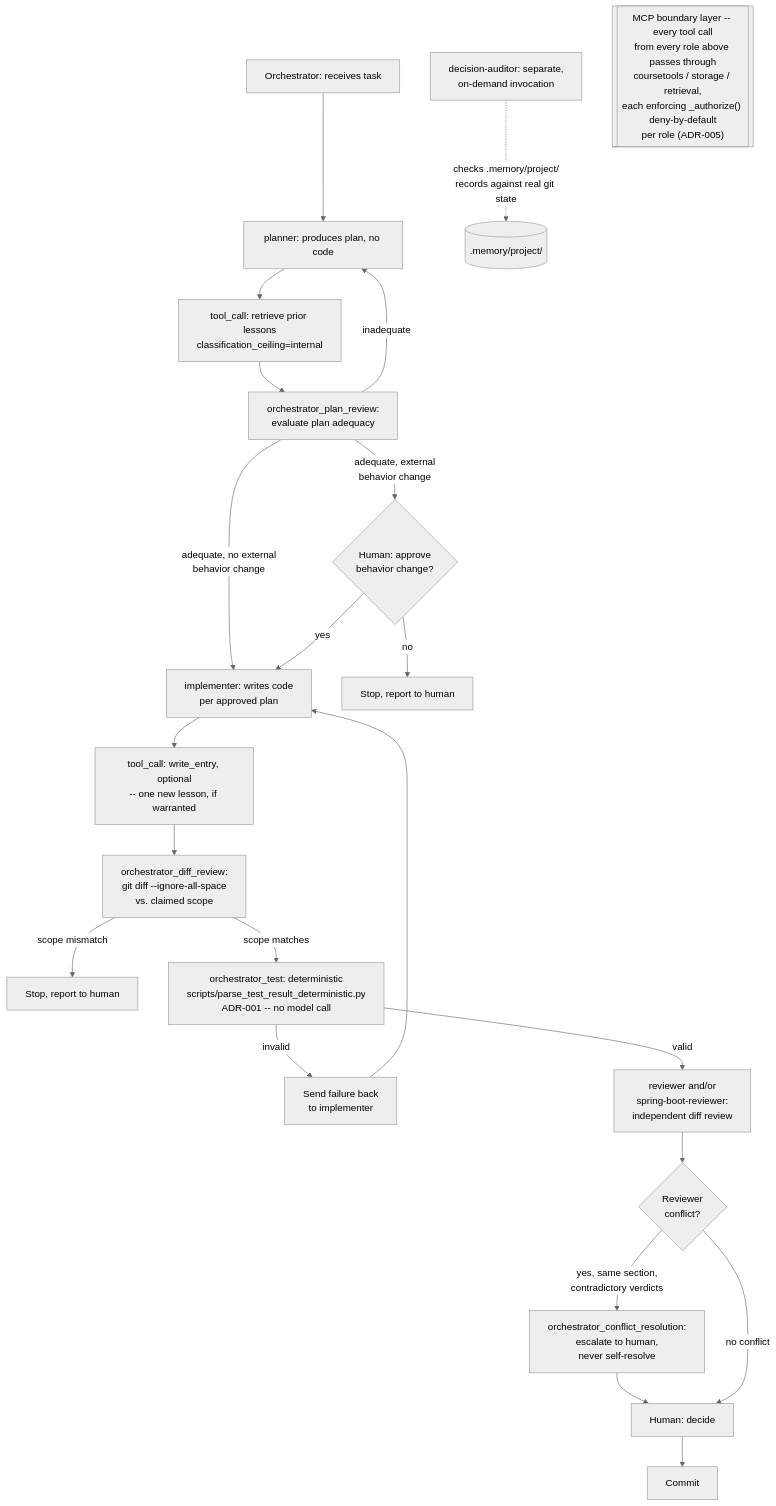
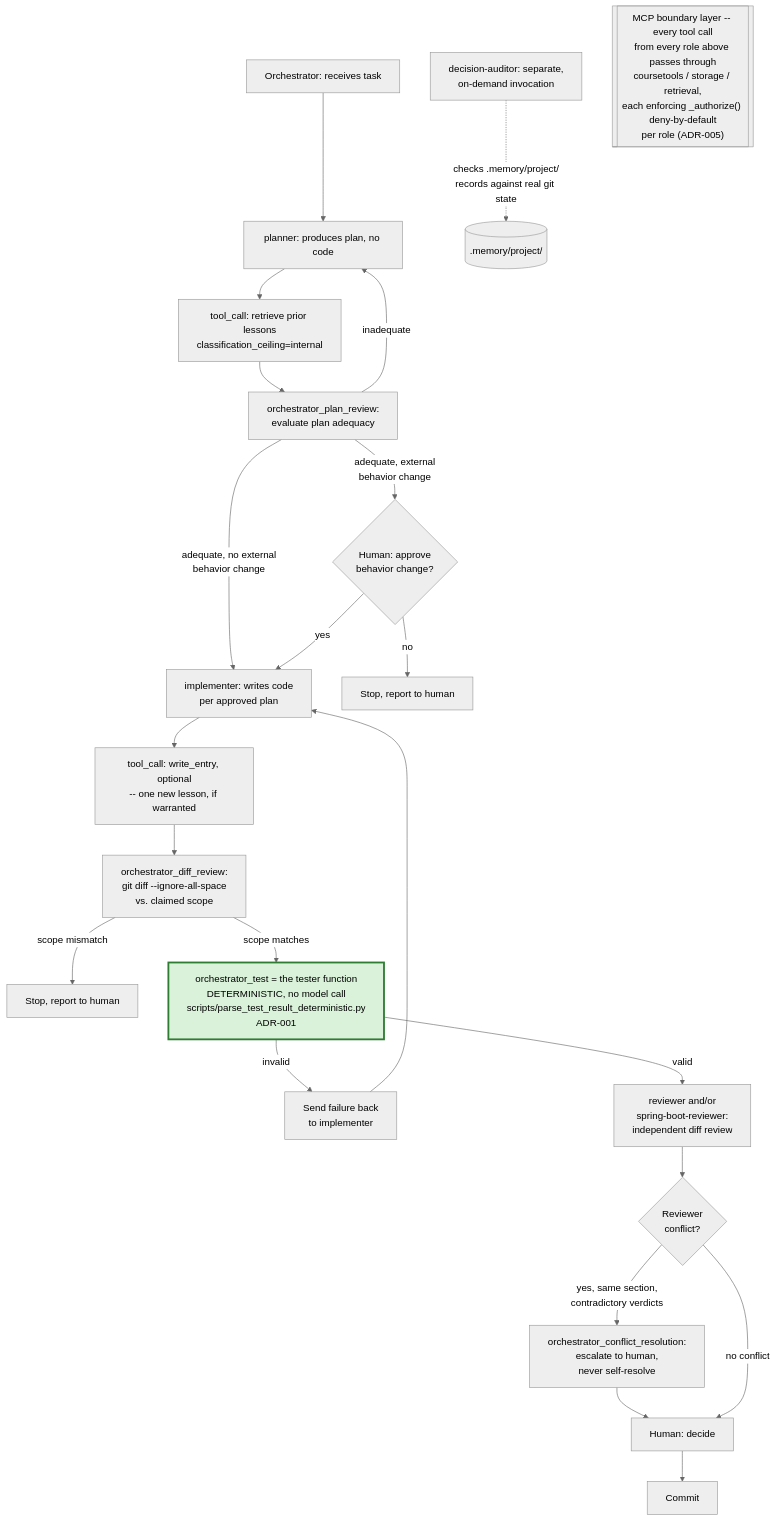
Before and after one commit to Viji-qmofi/first-microservices-Viji-R-agentic-harness-cicd: the diagram in docs/orchestration-diagram.md, drawn with Mermaid (neutral theme). The commit also changed other lines of this file and 1 other file, not shown here.

Commit message:
docs: label orchestrator_test as the deterministic tester function in the diagram and grant map (ADR-001, ADR-006)

````diff
--- a/docs/orchestration-diagram.md
+++ b/docs/orchestration-diagram.md
@@ -3,27 +3,30 @@
 ```mermaid
 flowchart TD
     A[Orchestrator: receives task] --> B[planner: produces plan, no code]
     B --> B2[tool_call: retrieve prior lessons<br/>classification_ceiling=internal]
     B2 --> C[orchestrator_plan_review:<br/>evaluate plan adequacy]
     C -->|inadequate| B
     C -->|adequate, no external<br/>behavior change| D[implementer: writes code<br/>per approved plan]
     C -->|adequate, external<br/>behavior change| CH1{Human: approve<br/>behavior change?}
     CH1 -->|yes| D
     CH1 -->|no| END1[Stop, report to human]
     D --> D2[tool_call: write_entry, optional<br/>-- one new lesson, if warranted]
     D2 --> E[orchestrator_diff_review:<br/>git diff --ignore-all-space<br/>vs. claimed scope]
     E -->|scope mismatch| END2[Stop, report to human]
-    E -->|scope matches| F[orchestrator_test: deterministic<br/>scripts/parse_test_result_deterministic.py<br/>ADR-001 -- no model call]
+    E -->|scope matches| F["orchestrator_test = the tester function<br/>DETERMINISTIC, no model call<br/>scripts/parse_test_result_deterministic.py<br/>ADR-001"]
     F -->|invalid| G2[Send failure back<br/>to implementer]
     G2 --> D
     F -->|valid| G[reviewer and/or<br/>spring-boot-reviewer:<br/>independent diff review]
     G --> H{Reviewer<br/>conflict?}
     H -->|yes, same section,<br/>contradictory verdicts| I[orchestrator_conflict_resolution:<br/>escalate to human,<br/>never self-resolve]
     I --> CH2[Human: decide]
     H -->|no conflict| CH2
     CH2 --> J[Commit]
 
     K[decision-auditor: separate,<br/>on-demand invocation] -.->|checks .memory/project/<br/>records against real git state| L[(.memory/project/)]
 
+    classDef deterministic fill:#d9f2d9,stroke:#2e7d32,stroke-width:3px,color:#000
+    class F deterministic
+
     M[["MCP boundary layer -- every tool call<br/>from every role above passes through<br/>coursetools / storage / retrieval,<br/>each enforcing _authorize() deny-by-default<br/>per role (ADR-005)"]]
 ```
````
